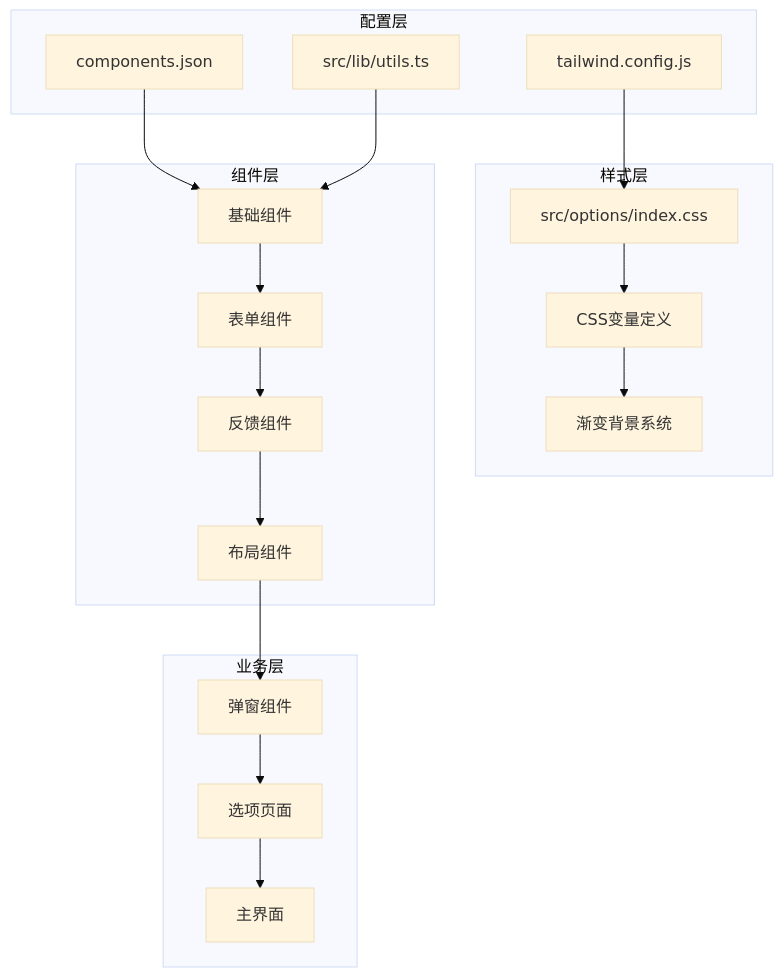
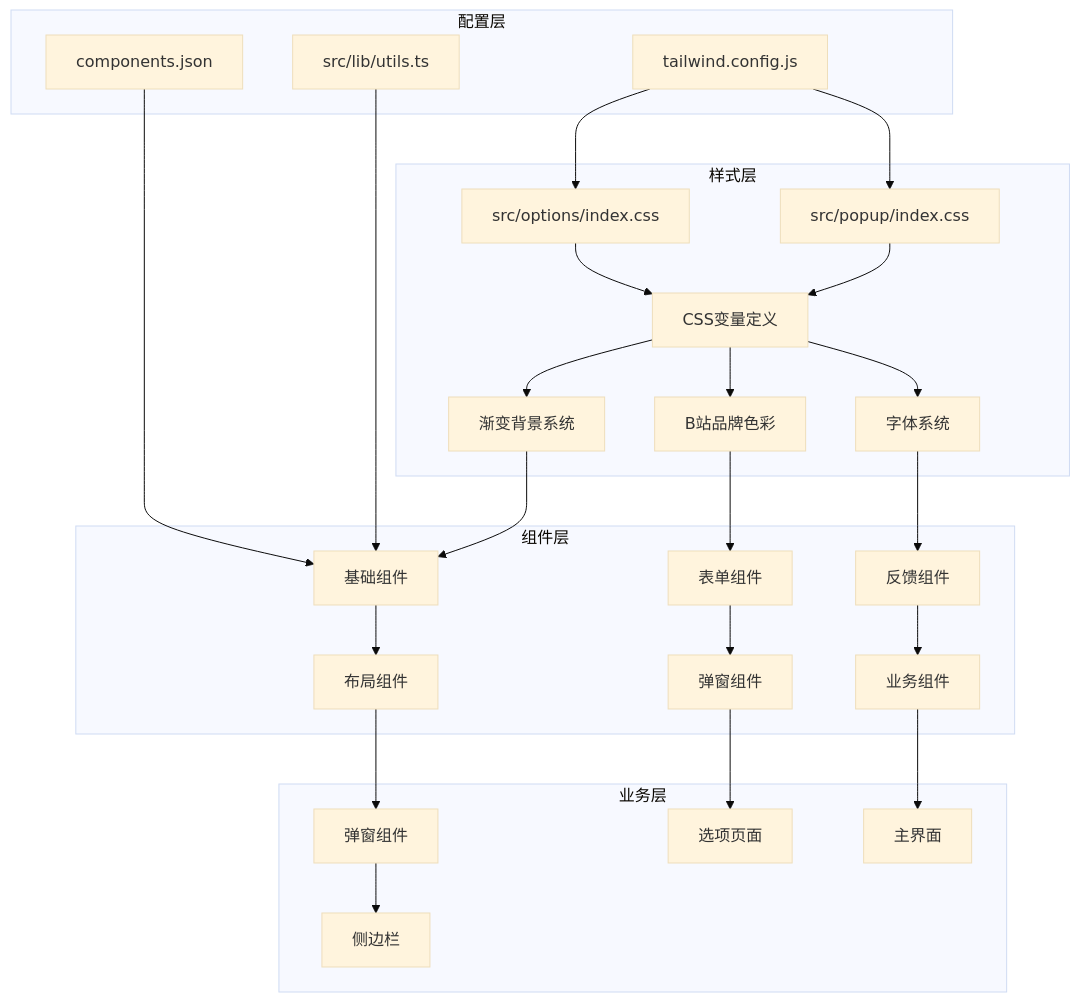
One commit to RadiumAg/bilibili-favorites changed the fifth of 18 diagrams in .qoder/repowiki/zh/content/开发指南/UI_UX专业设计系统.md. Above: the diagram before and after it, drawn with Mermaid (base theme). The commit also changed other lines of this file and 4 other files, not shown here.

````diff
--- a/.qoder/repowiki/zh/content/开发指南/UI_UX专业设计系统.md
+++ b/.qoder/repowiki/zh/content/开发指南/UI_UX专业设计系统.md
@@ -166,35 +255,49 @@
 ```mermaid
 graph TD
 subgraph "配置层"
 A[tailwind.config.js]
 B[components.json]
 C[src/lib/utils.ts]
 end
 subgraph "样式层"
 D[src/options/index.css]
-E[CSS变量定义]
-F[渐变背景系统]
+E[src/popup/index.css]
+F[CSS变量定义]
+G[渐变背景系统]
+H[B站品牌色彩]
+I[字体系统]
 end
 subgraph "组件层"
-G[基础组件]
-H[表单组件]
-I[反馈组件]
-J[布局组件]
+J[基础组件]
+K[表单组件]
+L[反馈组件]
+M[布局组件]
+N[弹窗组件]
+O[业务组件]
 end
 subgraph "业务层"
-K[弹窗组件]
-L[选项页面]
-M[主界面]
+P[弹窗组件]
+Q[选项页面]
+R[主界面]
+S[侧边栏]
 end
 A --> D
-B --> G
-C --> G
-D --> E
+A --> E
+B --> J
+C --> J
+D --> F
 E --> F
-G --> H
-H --> I
-I --> J
-J --> K
-K --> L
-L --> M
+F --> G
+F --> H
+F --> I
+G --> J
+H --> K
+I --> L
+J --> M
+K --> N
+L --> O
+M --> P
+N --> Q
+O --> R
+P --> S
 ```
````
